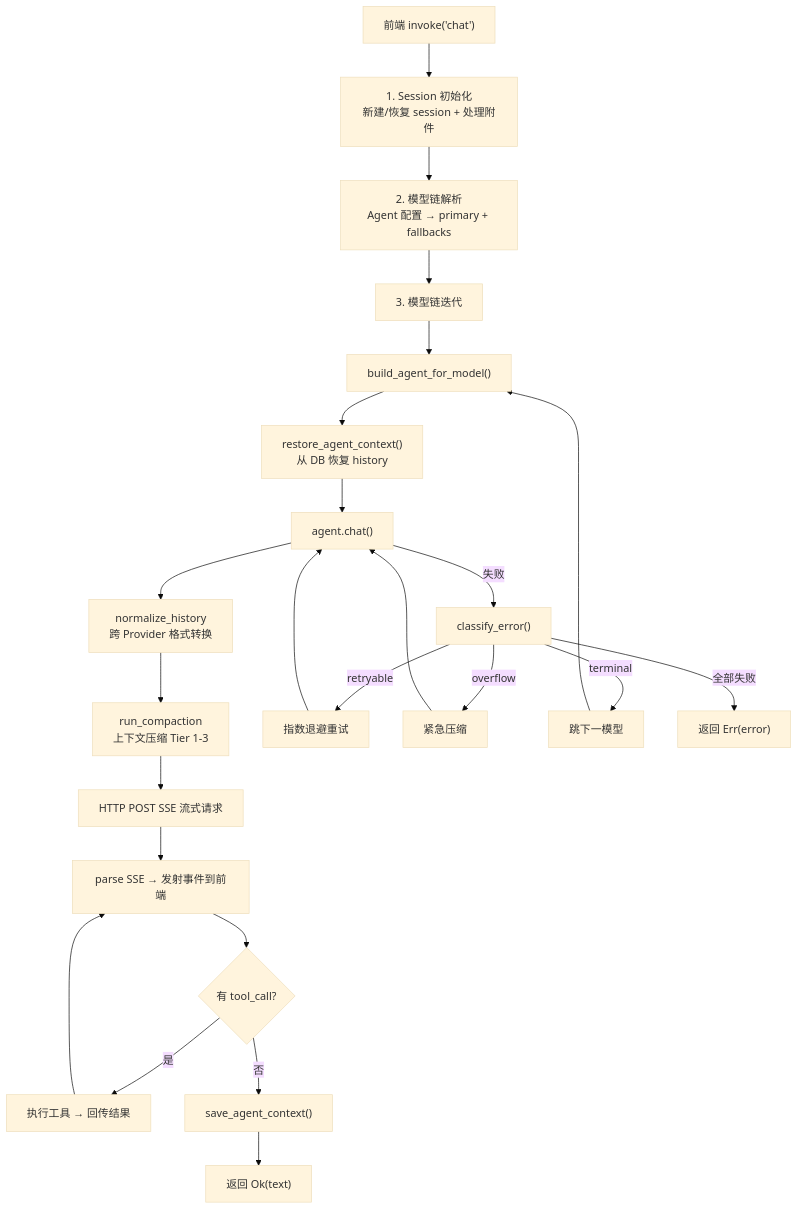
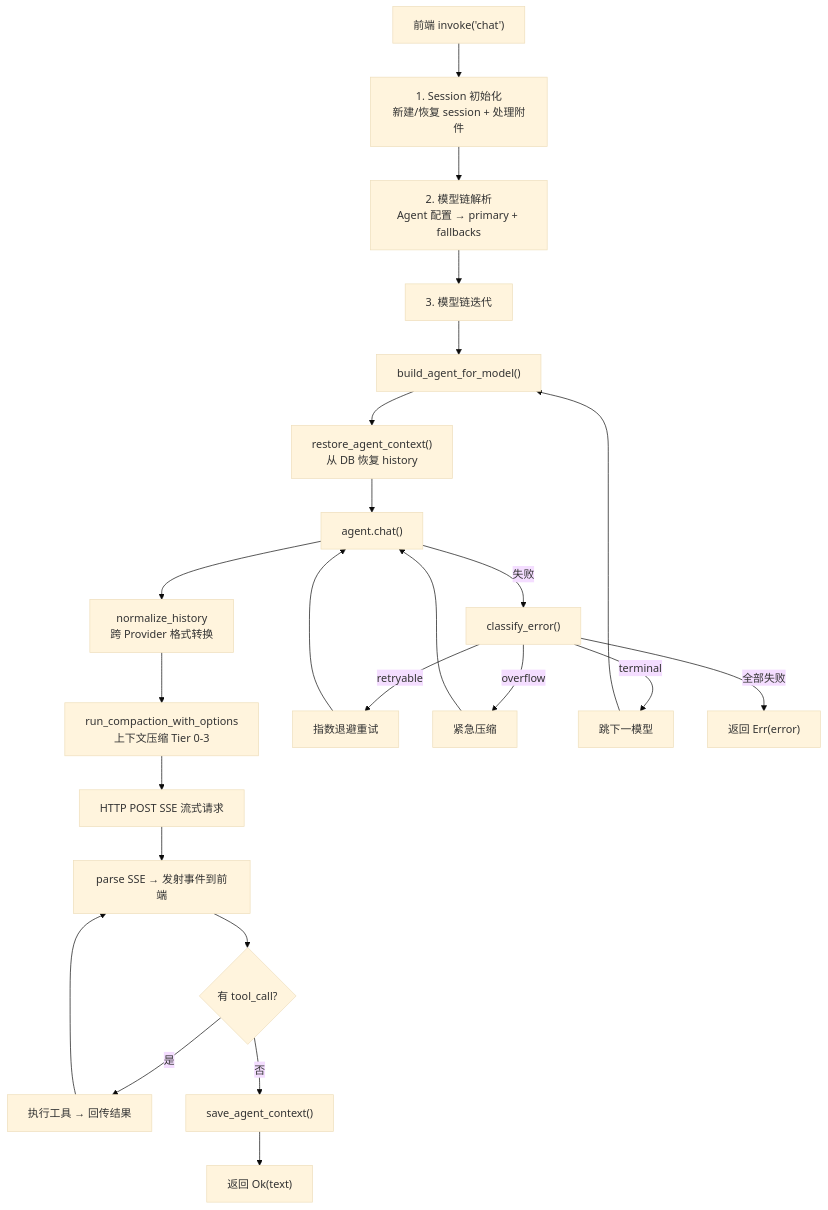
The third of 16 diagrams in mirrors/repos/shiwenwen@hope-agent/docs/architecture/provider-system.md (gabrielmoreira/agent-skills-mirror), drawn with Mermaid (base theme) before and after one commit. The commit also changed other lines of this file and 2381 other files, not shown here.

````diff
--- a/mirrors/repos/shiwenwen@hope-agent/docs/architecture/provider-system.md
+++ b/mirrors/repos/shiwenwen@hope-agent/docs/architecture/provider-system.md
@@ -233,26 +233,26 @@
 ```mermaid
 flowchart TD
   FE["前端 invoke('chat')"] --> INIT["1. Session 初始化<br/>新建/恢复 session + 处理附件"]
   INIT --> CHAIN["2. 模型链解析<br/>Agent 配置 → primary + fallbacks"]
   CHAIN --> LOOP["3. 模型链迭代"]
 
   LOOP --> BUILD["build_agent_for_model()"]
   BUILD --> RESTORE["restore_agent_context()<br/>从 DB 恢复 history"]
   RESTORE --> CHAT["agent.chat()"]
 
   CHAT --> NORM["normalize_history<br/>跨 Provider 格式转换"]
-  NORM --> COMPACT["run_compaction<br/>上下文压缩 Tier 1-3"]
+  NORM --> COMPACT["run_compaction_with_options<br/>上下文压缩 Tier 0-3"]
   COMPACT --> API["HTTP POST SSE 流式请求"]
   API --> PARSE["parse SSE → 发射事件到前端"]
   PARSE --> TOOL{"有 tool_call?"}
   TOOL -->|是| EXEC["执行工具 → 回传结果"] --> PARSE
   TOOL -->|否| SAVE["save_agent_context()"]
 
   SAVE --> OK["返回 Ok(text)"]
 
   CHAT -->|失败| CLASSIFY["classify_error()"]
   CLASSIFY -->|retryable| RETRY["指数退避重试"] --> CHAT
   CLASSIFY -->|overflow| EMERGENCY["紧急压缩"] --> CHAT
   CLASSIFY -->|terminal| NEXT["跳下一模型"] --> BUILD
   CLASSIFY -->|全部失败| ERR["返回 Err(error)"]
 ```
````
